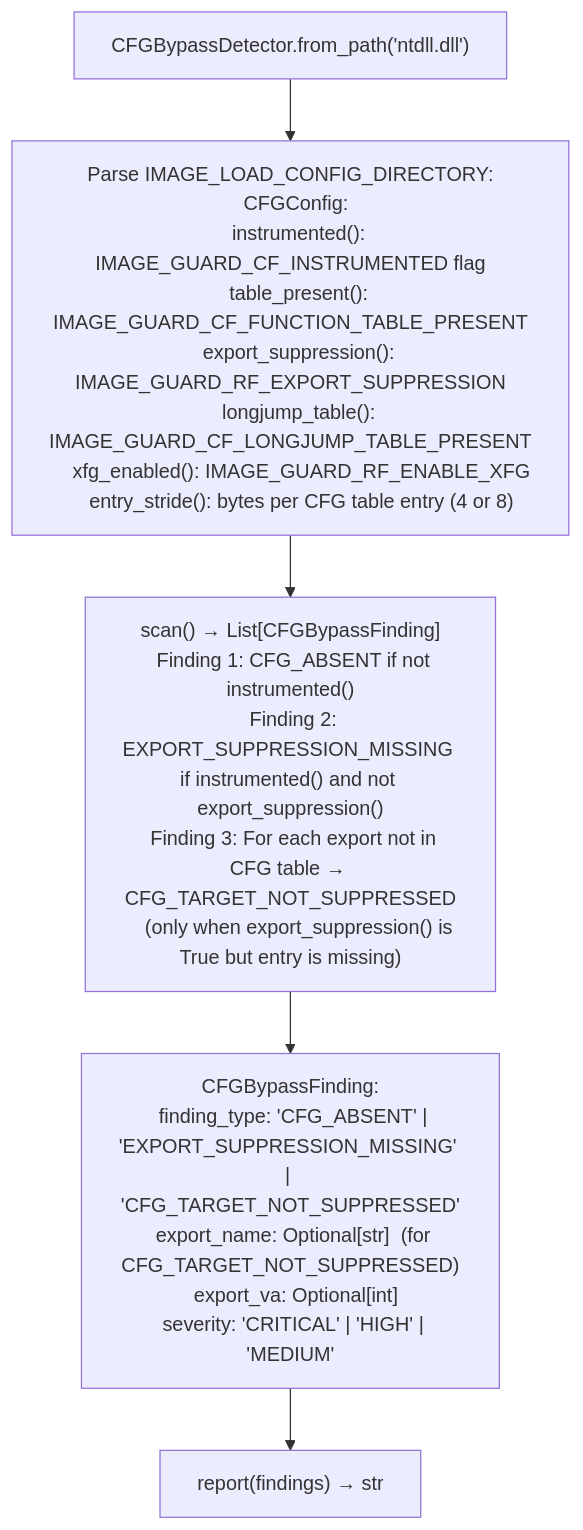
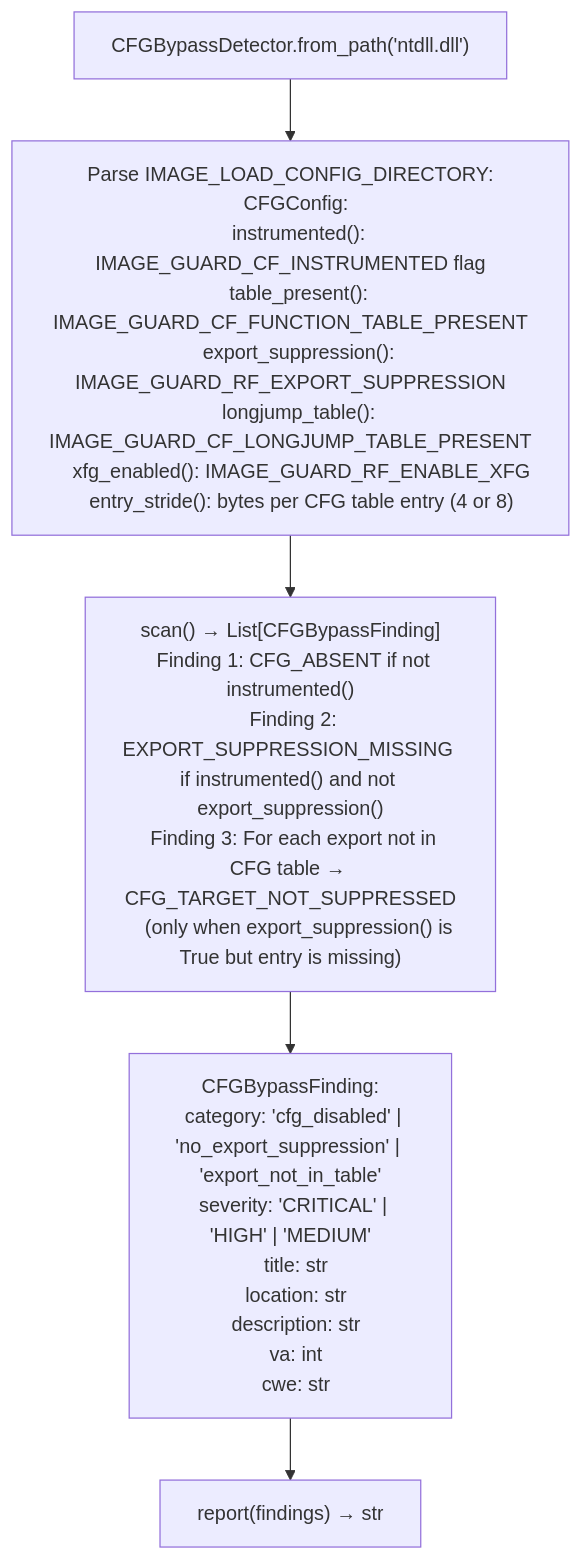
The diagram in docs/reference-modules/control-flow-guard-review.md (Ablation-Tool/ablation), drawn with Mermaid before and after one commit. The commit also changed other lines of this file and 67 other files, not shown here.

````diff
--- a/docs/reference-modules/control-flow-guard-review.md
+++ b/docs/reference-modules/control-flow-guard-review.md
@@ -19,7 +19,7 @@
 ```mermaid
 flowchart TD
     A["CFGBypassDetector.from_path('ntdll.dll')"] --> B["Parse IMAGE_LOAD_CONFIG_DIRECTORY:\n  CFGConfig:\n    instrumented(): IMAGE_GUARD_CF_INSTRUMENTED flag\n    table_present(): IMAGE_GUARD_CF_FUNCTION_TABLE_PRESENT\n    export_suppression(): IMAGE_GUARD_RF_EXPORT_SUPPRESSION\n    longjump_table(): IMAGE_GUARD_CF_LONGJUMP_TABLE_PRESENT\n    xfg_enabled(): IMAGE_GUARD_RF_ENABLE_XFG\n    entry_stride(): bytes per CFG table entry (4 or 8)"]
     B --> C["scan() → List[CFGBypassFinding]\n  Finding 1: CFG_ABSENT if not instrumented()\n  Finding 2: EXPORT_SUPPRESSION_MISSING if instrumented() and not export_suppression()\n  Finding 3: For each export not in CFG table → CFG_TARGET_NOT_SUPPRESSED\n    (only when export_suppression() is True but entry is missing)"]
-    C --> D["CFGBypassFinding:\n  finding_type: 'CFG_ABSENT' | 'EXPORT_SUPPRESSION_MISSING' | 'CFG_TARGET_NOT_SUPPRESSED'\n  export_name: Optional[str]  (for CFG_TARGET_NOT_SUPPRESSED)\n  export_va: Optional[int]\n  severity: 'CRITICAL' | 'HIGH' | 'MEDIUM'"]
+    C --> D["CFGBypassFinding:\n  category: 'cfg_disabled' | 'no_export_suppression' | 'export_not_in_table'\n  severity: 'CRITICAL' | 'HIGH' | 'MEDIUM'\n  title: str\n  location: str\n  description: str\n  va: int\n  cwe: str"]
     D --> E["report(findings) → str"]
 ```
````
